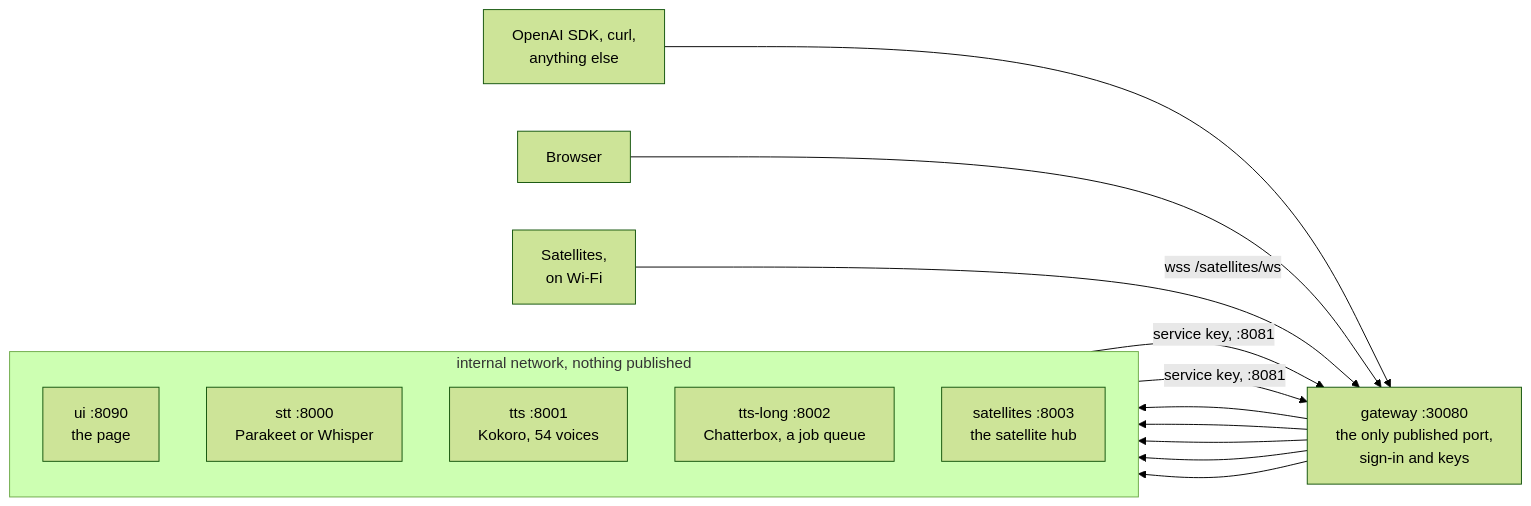
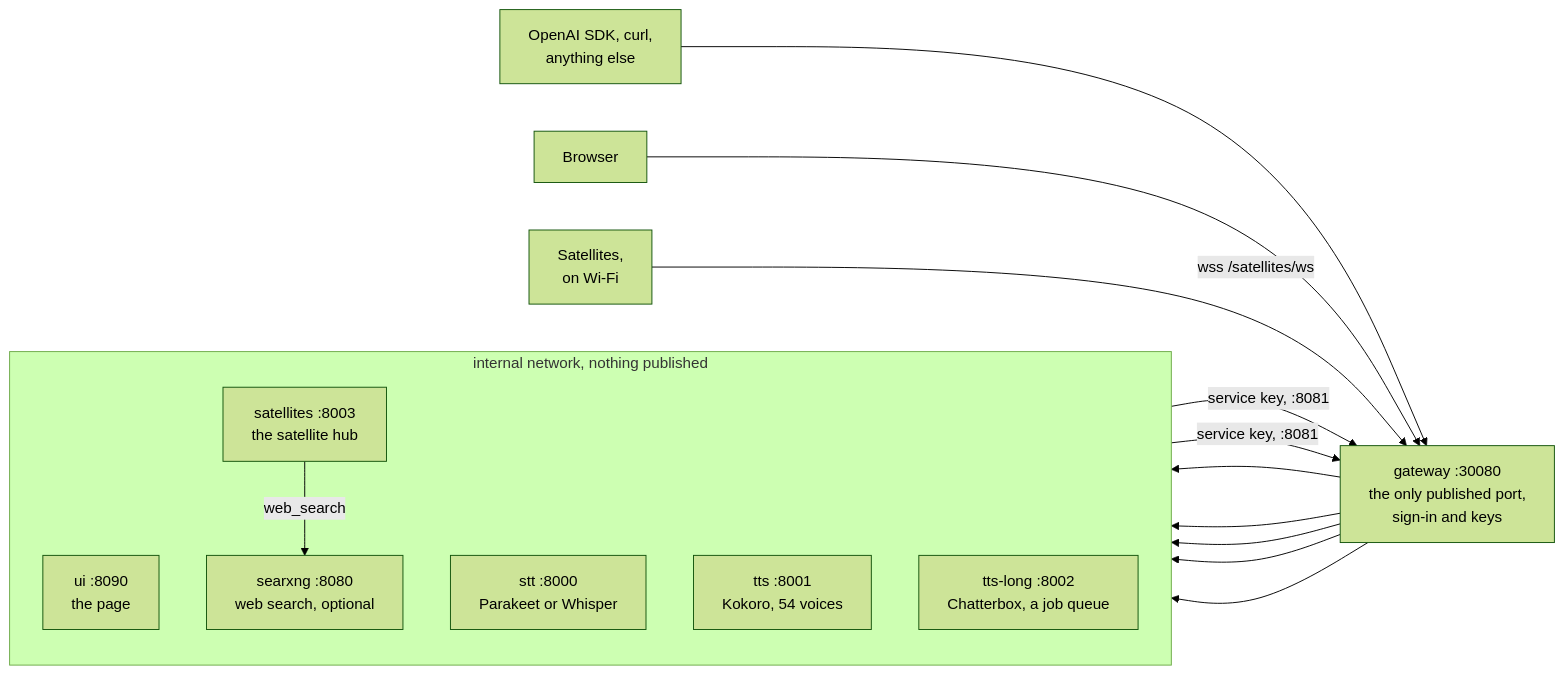
One commit to gabrielbelli/calliope changed the first of 2 diagrams in README.md. Above: the diagram before and after it, drawn with Mermaid (forest theme). The commit also changed other lines of this file and 5 other files, not shown here.

````diff
--- a/README.md
+++ b/README.md
@@ -171,22 +173,24 @@
 ```mermaid
 flowchart LR
   C["OpenAI SDK, curl,<br/>anything else"] --> G
   B["Browser"] --> G
   G["gateway :30080<br/>the only published port,<br/>sign-in and keys"]
   subgraph closed ["internal network, nothing published"]
     direction TB
     U["ui :8090<br/>the page"]
     S["stt :8000<br/>Parakeet or Whisper"]
     T["tts :8001<br/>Kokoro, 54 voices"]
     L["tts-long :8002<br/>Chatterbox, a job queue"]
     H["satellites :8003<br/>the satellite hub"]
+    X["searxng :8080<br/>web search, optional"]
   end
   D["Satellites,<br/>on Wi-Fi"] -->|"wss /satellites/ws"| G
   G --> U
   G --> S
   G --> T
   G --> L
   G --> H
   H -->|"service key, :8081"| G
+  H -->|"web_search"| X
   U -->|"service key, :8081"| G
 ```
````
